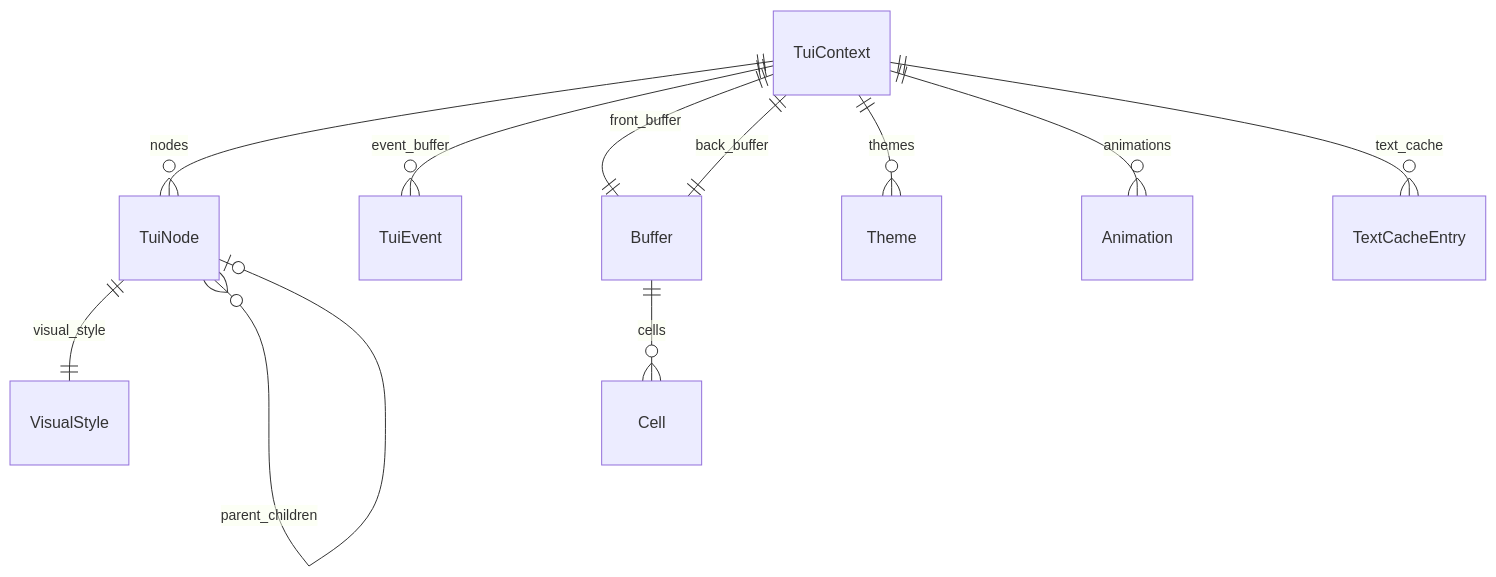
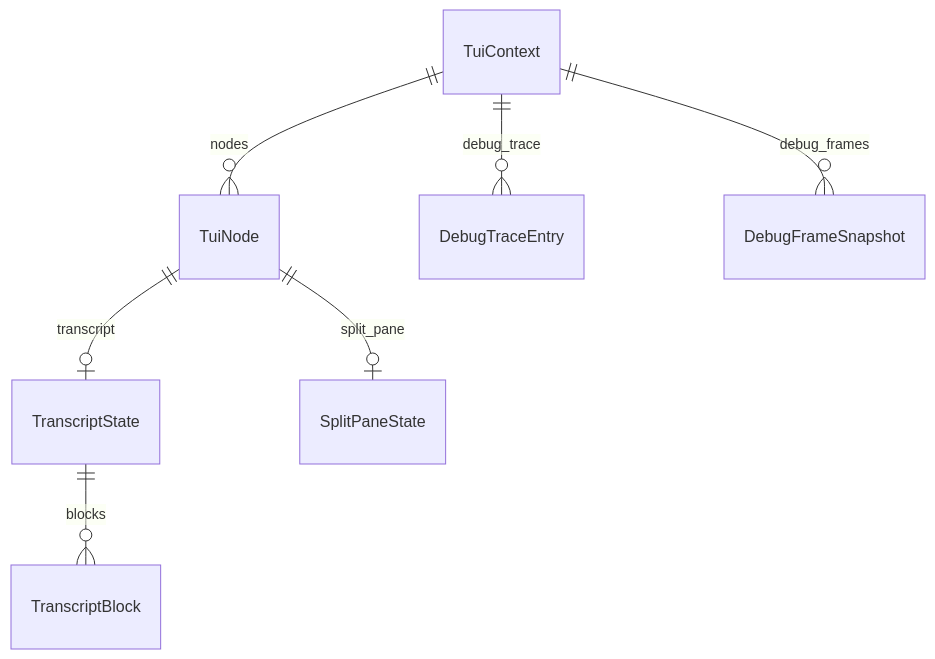
The diagram in docs/TechSpec.md (openkraken-ai/kraken-tui), drawn with Mermaid before and after one commit. The commit also changed other lines of this file and 3 other files, not shown here.

````diff
--- a/docs/TechSpec.md
+++ b/docs/TechSpec.md
@@ -226,13 +255,9 @@
 ```mermaid
 erDiagram
     TuiContext ||--o{ TuiNode : nodes
-    TuiContext ||--o{ TuiEvent : event_buffer
-    TuiContext ||--|| Buffer : front_buffer
-    TuiContext ||--|| Buffer : back_buffer
-    TuiContext ||--o{ Theme : themes
-    TuiContext ||--o{ Animation : animations
-    TuiContext ||--o{ TextCacheEntry : text_cache
-    TuiNode ||--|| VisualStyle : visual_style
-    TuiNode }o--o| TuiNode : parent_children
-    Buffer ||--o{ Cell : cells
+    TuiNode ||--o| TranscriptState : transcript
+    TuiNode ||--o| SplitPaneState : split_pane
+    TranscriptState ||--o{ TranscriptBlock : blocks
+    TuiContext ||--o{ DebugTraceEntry : debug_trace
+    TuiContext ||--o{ DebugFrameSnapshot : debug_frames
 ```
````
